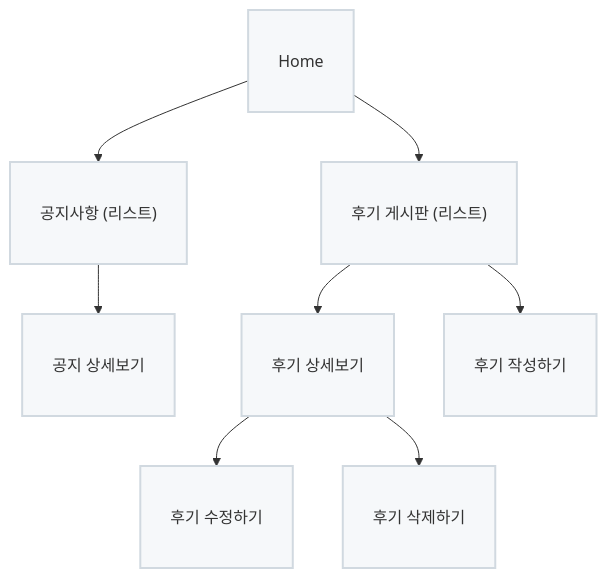
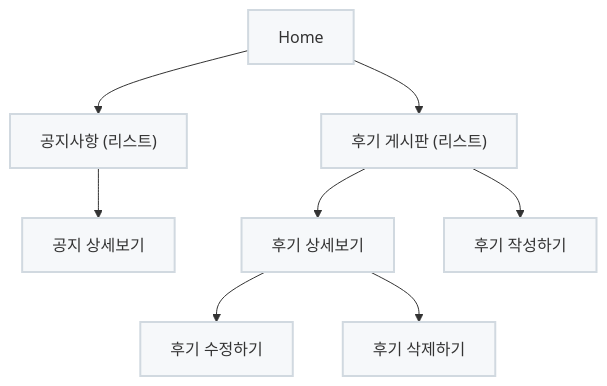
The diagram in README.md (eunji-ad/color_mode), drawn with Mermaid before and after one commit.

Commit message:
Adjust padding in class definitions
Updated padding for class definitions in README.

````diff
--- a/README.md
+++ b/README.md
@@ -100,25 +100,25 @@
 ```mermaid
 flowchart TD
     Home --> NoticeList["공지사항 (리스트)"]
     NoticeList --> NoticeDetail["공지 상세보기"]
 
     Home --> ReviewList["후기 게시판 (리스트)"]
     ReviewList --> ReviewDetail["후기 상세보기"]
     ReviewList --> ReviewWrite["후기 작성하기"]
 
     ReviewDetail --> ReviewEdit["후기 수정하기"]
     ReviewDetail --> ReviewDelete["후기 삭제하기"]
 
 
     %% 스타일 정의
-    classDef home fill:#F6F8FA,color:#333,stroke:#D1D9E0,stroke-width:2px, padding:10px;
-    classDef list fill:#F6F8FA,color:#333,stroke:#D1D9E0,stroke-width:2px, padding:10px;
-    classDef detail fill:#F6F8FA,color:#333,stroke:#D1D9E0,stroke-width:2px, padding:10px;
-    classDef action fill:#F6F8FA,color:#333,stroke:#D1D9E0,stroke-width:2px, padding:10px;
+    classDef home fill:#F6F8FA,color:#333,stroke:#D1D9E0,stroke-width:2px, padding:0px;
+    classDef list fill:#F6F8FA,color:#333,stroke:#D1D9E0,stroke-width:2px, padding:0px;
+    classDef detail fill:#F6F8FA,color:#333,stroke:#D1D9E0,stroke-width:2px, padding:0px;
+    classDef action fill:#F6F8FA,color:#333,stroke:#D1D9E0,stroke-width:2px, padding:0px;
 
     %% 스타일 적용
     class Home home;
     class NoticeList,ReviewList list;
     class NoticeDetail,ReviewDetail detail;
     class ReviewWrite,ReviewEdit,ReviewDelete action;
 ```
````
